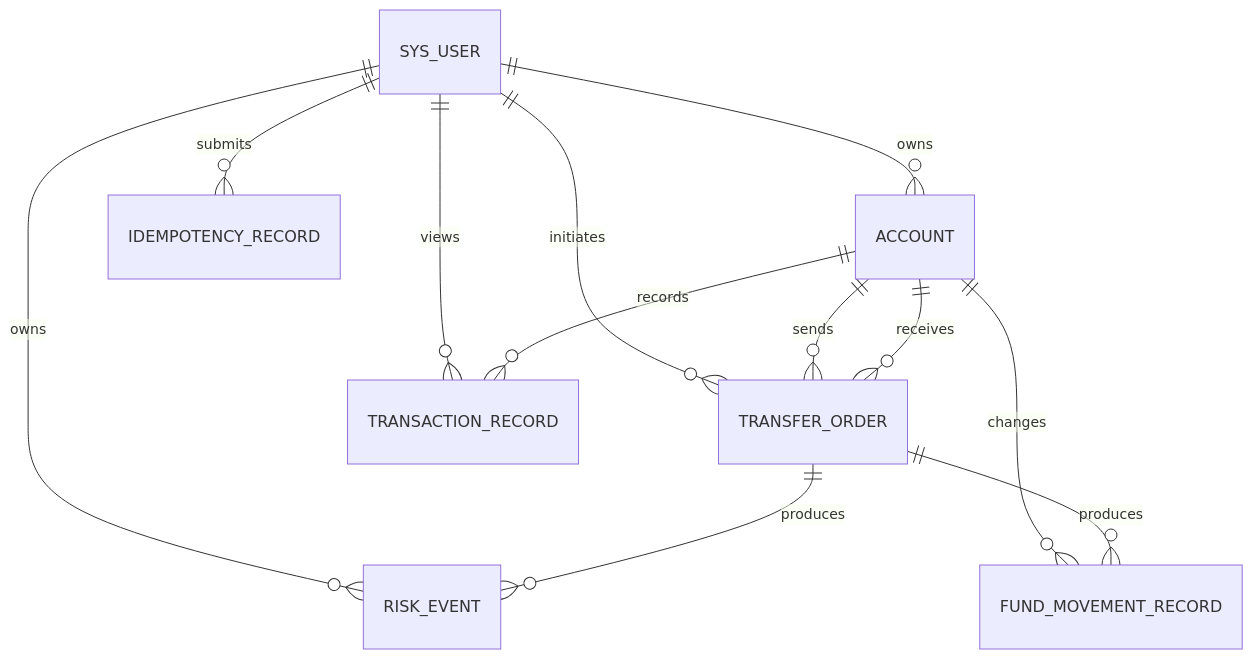
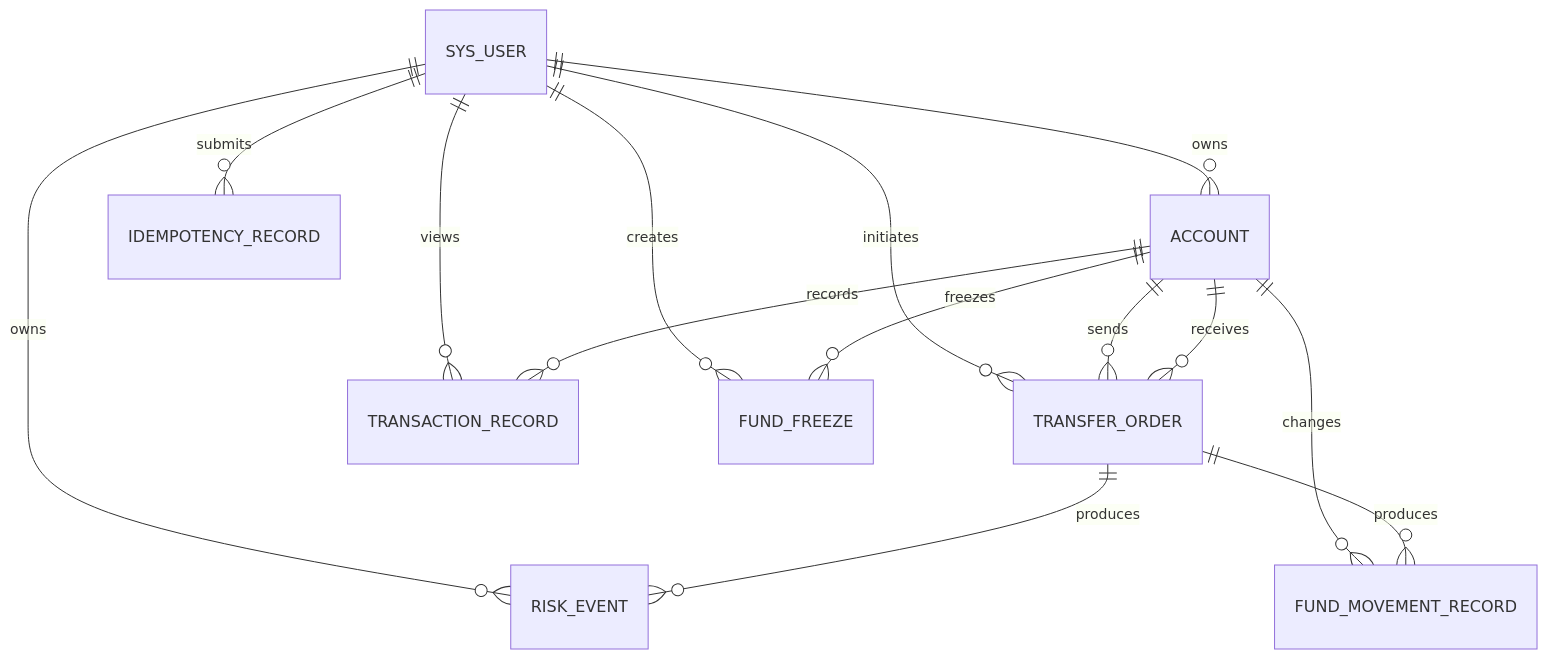
The diagram in docs/database-design.md (wwdaas/finledger), drawn with Mermaid before and after one commit. The commit also changed other lines of this file and 9 other files, not shown here.

Commit message:
docs: add fund freeze dashboard and design guide

````diff
--- a/docs/database-design.md
+++ b/docs/database-design.md
@@ -9,14 +10,16 @@
 ```mermaid
 erDiagram
     SYS_USER ||--o{ ACCOUNT : owns
     SYS_USER ||--o{ TRANSFER_ORDER : initiates
     SYS_USER ||--o{ TRANSACTION_RECORD : views
     SYS_USER ||--o{ IDEMPOTENCY_RECORD : submits
     SYS_USER ||--o{ RISK_EVENT : owns
+    SYS_USER ||--o{ FUND_FREEZE : creates
     ACCOUNT ||--o{ TRANSFER_ORDER : sends
     ACCOUNT ||--o{ TRANSFER_ORDER : receives
     ACCOUNT ||--o{ TRANSACTION_RECORD : records
     ACCOUNT ||--o{ FUND_MOVEMENT_RECORD : changes
+    ACCOUNT ||--o{ FUND_FREEZE : freezes
     TRANSFER_ORDER ||--o{ FUND_MOVEMENT_RECORD : produces
     TRANSFER_ORDER ||--o{ RISK_EVENT : produces
 ```
````
